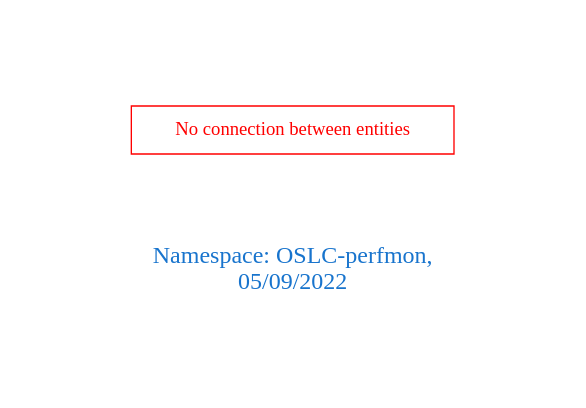
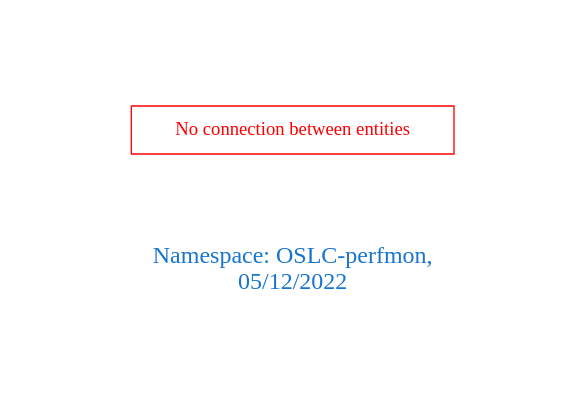
Before and after one commit to arago/OGIT: the diagram in downloads/OSLC-perfmon.dot, drawn with Graphviz. The commit also changed 1925 other files, not shown here.

```diff
--- a/downloads/OSLC-perfmon.dot
+++ b/downloads/OSLC-perfmon.dot
@@ -1,9 +1,9 @@
 digraph OGIT_ontology {
  graph [ rankdir= LR,pad=1 
 fontsize = 18,
-fontcolor= dodgerblue3,label = "\n\n\nNamespace: OSLC-perfmon, \n 05/09/2022"];
+fontcolor= dodgerblue3,label = "\n\n\nNamespace: OSLC-perfmon, \n 05/12/2022"];
 node[shape=polygon];
 edge [  color="gray81"];
 
 "No connection between entities" [fontcolor = "red",color="red", shape="polygon"]
 }
```
